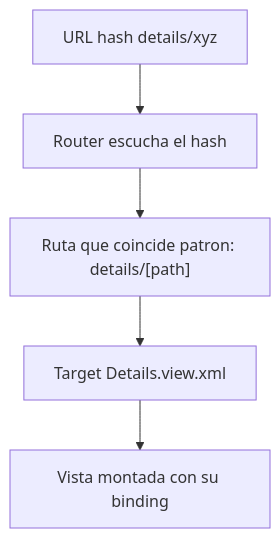
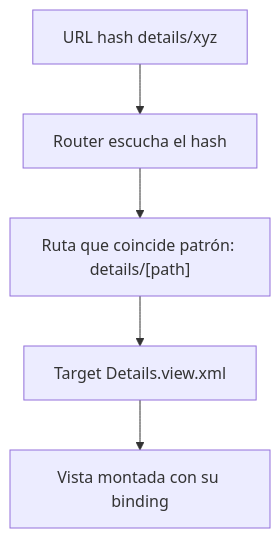
One commit to logalitech/blog-content changed the diagram in es/ui5-routing-navegacion.mdx. Above: the diagram before and after it, drawn with Mermaid. The commit also changed other lines of this file and 49 other files, not shown here.

````diff
--- a/es/ui5-routing-navegacion.mdx
+++ b/es/ui5-routing-navegacion.mdx
@@ -23,7 +23,7 @@
 ```mermaid
 flowchart TB
  URL["URL hash details/xyz"] --> RT["Router escucha el hash"]
- RT --> M["Ruta que coincide patron: details/[path]"]
+ RT --> M["Ruta que coincide patrón: details/[path]"]
  M --> TG["Target Details.view.xml"]
  TG --> V["Vista montada con su binding"]
 ```
````
